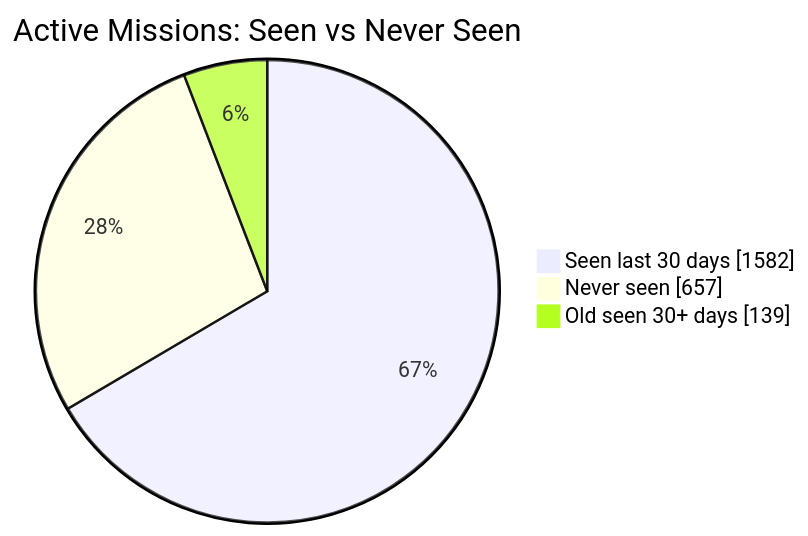
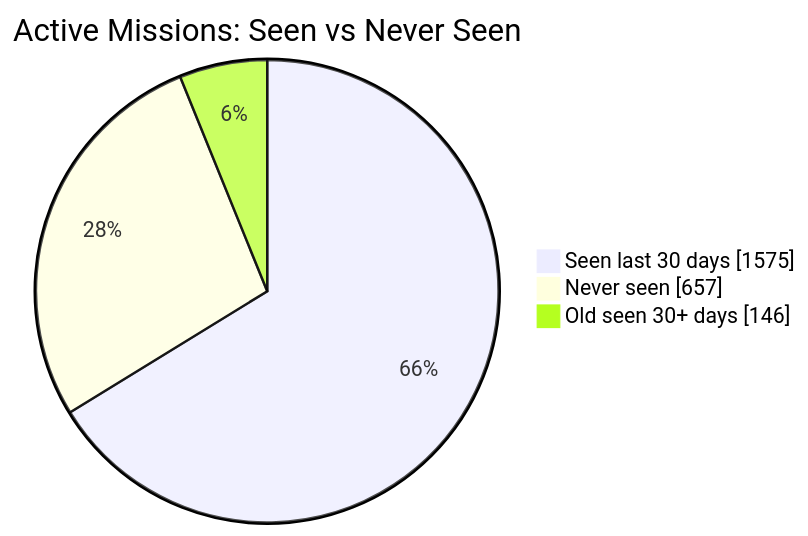
One commit to MeldkamerspelGameTeam/active-missions changed the first of 2 diagrams in README.md. Above: the diagram before and after it, drawn with Mermaid. The commit also changed other lines of this file and 3 other files, not shown here.

````diff
--- a/README.md
+++ b/README.md
@@ -34,7 +34,7 @@
 ```mermaid
 pie showData
     title Active Missions: Seen vs Never Seen
-    "Seen last 30 days" : 1582
+    "Seen last 30 days" : 1575
     "Never seen" : 657
-    "Old seen 30+ days" : 139
+    "Old seen 30+ days" : 146
 ```
````
